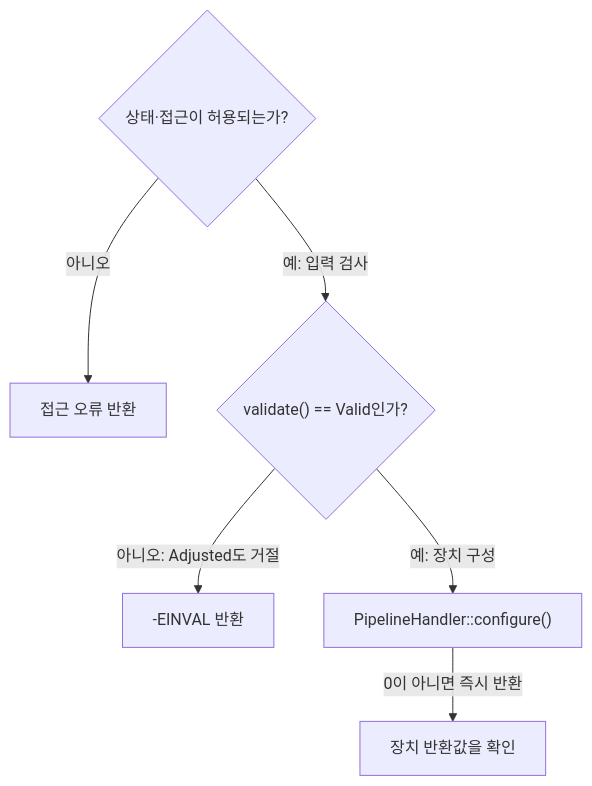
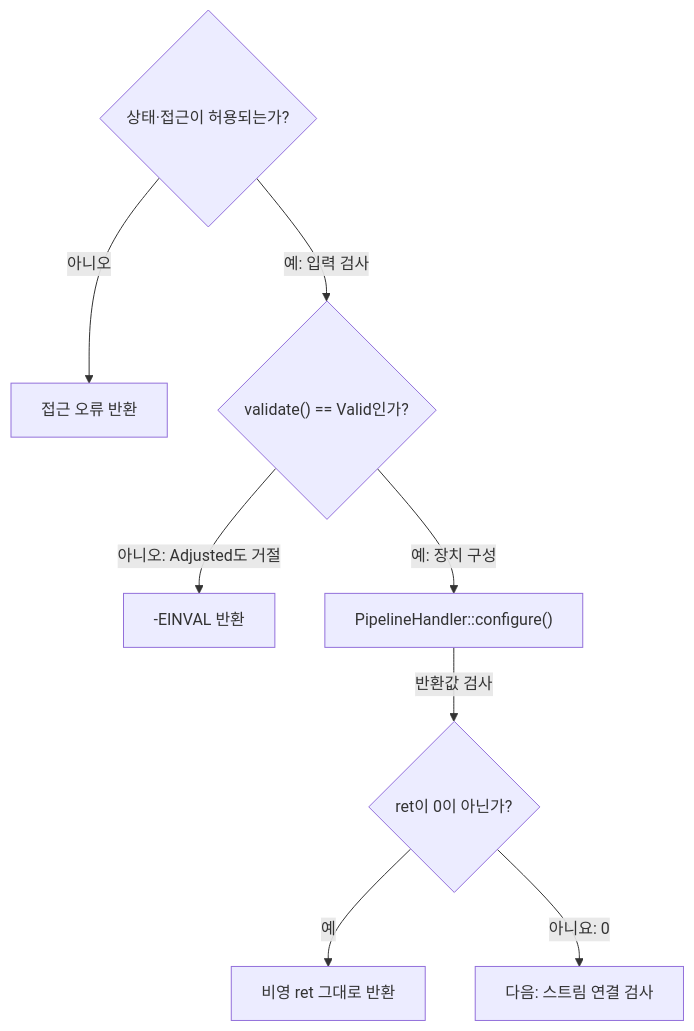
Before and after one commit to TTolsun/libcamera-sdd: the first of 10 diagrams in docs/request-diagnosis.md, drawn with Mermaid. The commit also changed other lines of this file and 296 other files, not shown here.

Commit message:
Expand request submission diagnosis with verified conditions and diagrams

````diff
--- a/docs/request-diagnosis.md
+++ b/docs/request-diagnosis.md
@@ -30,15 +29,19 @@
 ```mermaid
 flowchart TB
-%% sdd:translations {"-EINVAL 반환": "Return -EINVAL", "0이 아니면 즉시 반환": "Return immediately when <br/>nonzero", "PipelineHandler::configure()": "PipelineHandler::configure()", "validate() == Valid인가?": "Does validate() return <br/>Valid?", "상태·접근이 허용되는가?": "State and access allowed?", "아니오": "No", "아니오: Adjusted도 거절": "No: Adjusted is also <br/>rejected", "예: 입력 검사": "Yes: validate input", "예: 장치 구성": "Yes: configure device", "장치 반환값을 확인": "Inspect device return value", "접근 오류 반환": "Return access error"}
+%% sdd:translations {"-EINVAL 반환": "Return -EINVAL", "PipelineHandler::configure()": "PipelineHandler::configure()", "ret이 0이 아닌가?": "Is ret nonzero?", "validate() == Valid인가?": "Does validate() return <br/>Valid?", "다음: 스트림 연결 검사": "Next: check stream <br/>associations", "반환값 검사": "Check return value", "비영 ret 그대로 반환": "Return nonzero ret unchanged", "상태·접근이 허용되는가?": "State and access allowed?", "아니오": "No", "아니오: Adjusted도 거절": "No: Adjusted is also <br/>rejected", "아니요: 0": "No: zero", "예": "Yes", "예: 입력 검사": "Yes: validate input", "예: 장치 구성": "Yes: configure device", "접근 오류 반환": "Return access error"}
   v_access{"상태·접근이 허용되는가?"}
   v_accesserror["접근 오류 반환"]
   v_valid{"validate() == Valid인가?"}
   v_invalid["-EINVAL 반환"]
   v_device["PipelineHandler::configure()"]
-  v_ret["장치 반환값을 확인"]
+  v_ret{"ret이 0이 아닌가?"}
+  v_device-error["비영 ret 그대로 반환"]
+  v_streams["다음: 스트림 연결 검사"]
   v_access -->|"아니오"| v_accesserror
   v_access -->|"예: 입력 검사"| v_valid
   v_valid -->|"아니오: Adjusted도 거절"| v_invalid
   v_valid -->|"예: 장치 구성"| v_device
-  v_device -->|"0이 아니면 즉시 반환"| v_ret
+  v_device -->|"반환값 검사"| v_ret
+  v_ret -->|"예"| v_device-error
+  v_ret -->|"아니요: 0"| v_streams
 ```
````
